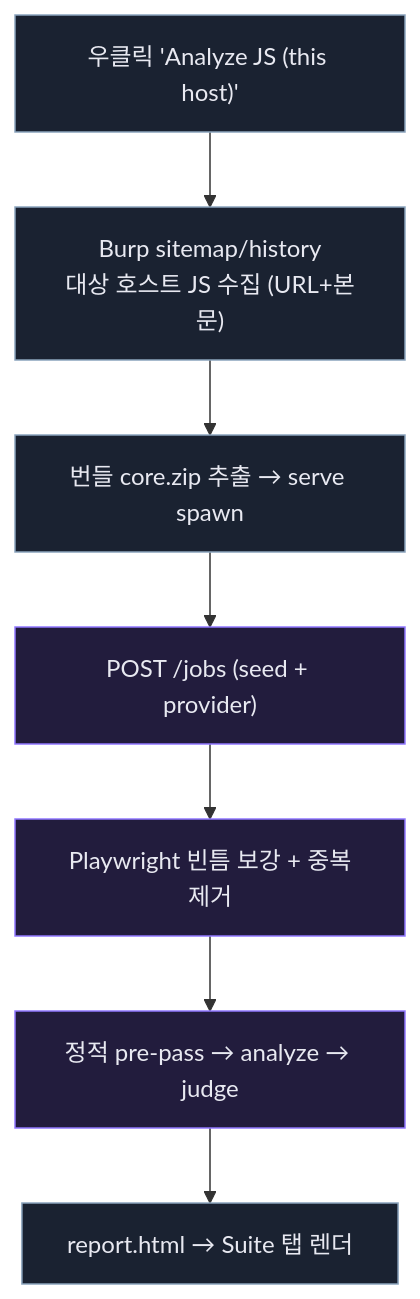
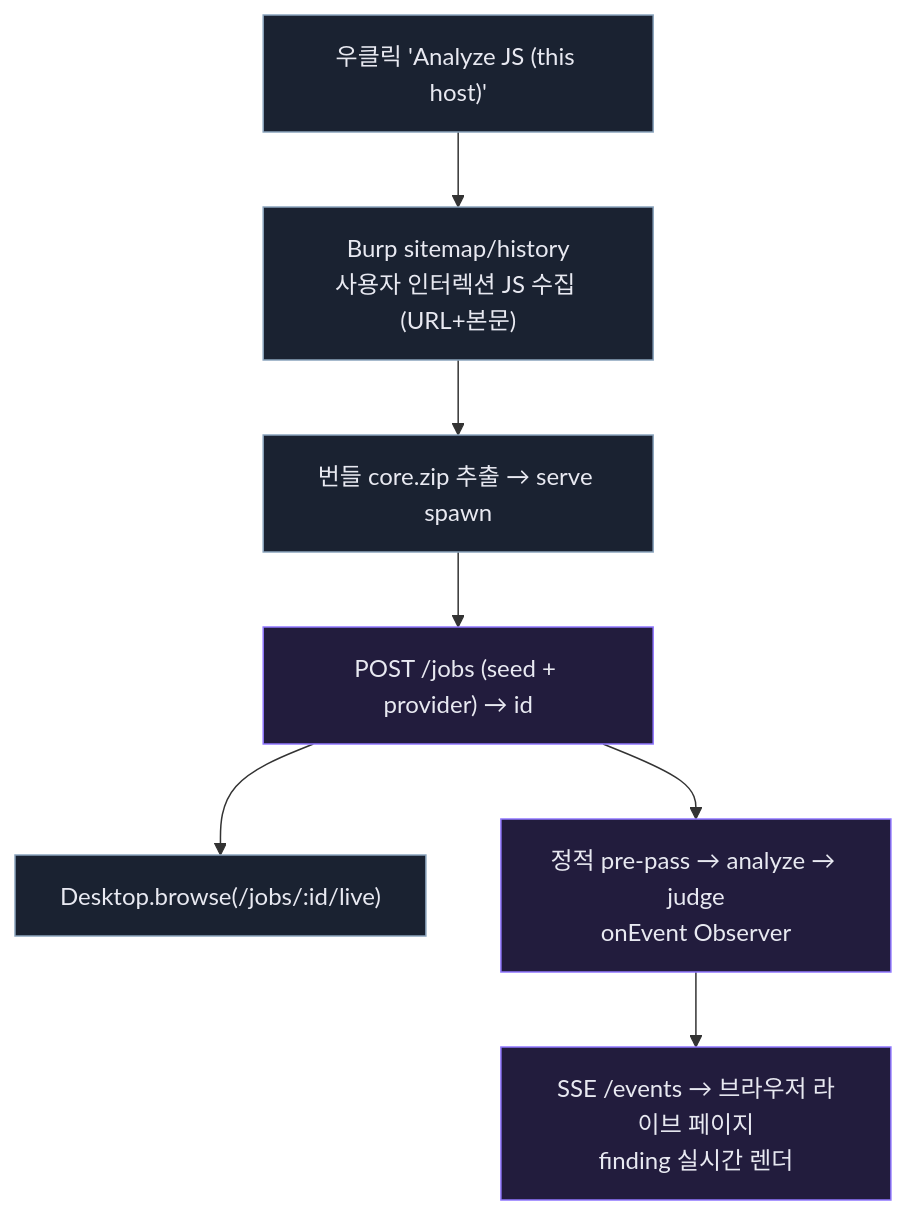
Before and after one commit to EunhoKim98/JS-Analyzer-Agent: the diagram in docs/burp.md, drawn with Mermaid. The commit also changed other lines of this file and 2 other files, not shown here.

First line of the commit message:
docs: design rev2 — remove Playwright (interaction-only seed) + SSE live UI

````diff
--- a/docs/burp.md
+++ b/docs/burp.md
@@ -24,15 +25,16 @@
 ```mermaid
 flowchart TD
     U["우클릭 'Analyze JS (this host)'"]
-    H["Burp sitemap/history<br/>대상 호스트 JS 수집 (URL+본문)"]
+    H["Burp sitemap/history<br/>사용자 인터렉션 JS 수집 (URL+본문)"]
     Z["번들 core.zip 추출 → serve spawn"]
-    J["POST /jobs (seed + provider)"]
-    P["Playwright 빈틈 보강 + 중복제거"]
-    A["정적 pre-pass → analyze → judge"]
-    R["report.html → Suite 탭 렌더"]
-    U --> H --> Z --> J --> P --> A --> R
+    J["POST /jobs (seed + provider) → id"]
+    B["Desktop.browse(/jobs/:id/live)"]
+    A["정적 pre-pass → analyze → judge<br/>onEvent Observer"]
+    S["SSE /events → 브라우저 라이브 페이지<br/>finding 실시간 렌더"]
+    U --> H --> Z --> J --> B
+    J --> A --> S
     classDef j fill:#1a2231,stroke:#8ba4bd,color:#e8e9f1;
     classDef c fill:#221c3d,stroke:#9077ff,color:#e8e9f1;
-    class U,H,Z,R j;
-    class J,P,A c;
+    class U,H,Z,B j;
+    class J,A,S c;
 ```
````
